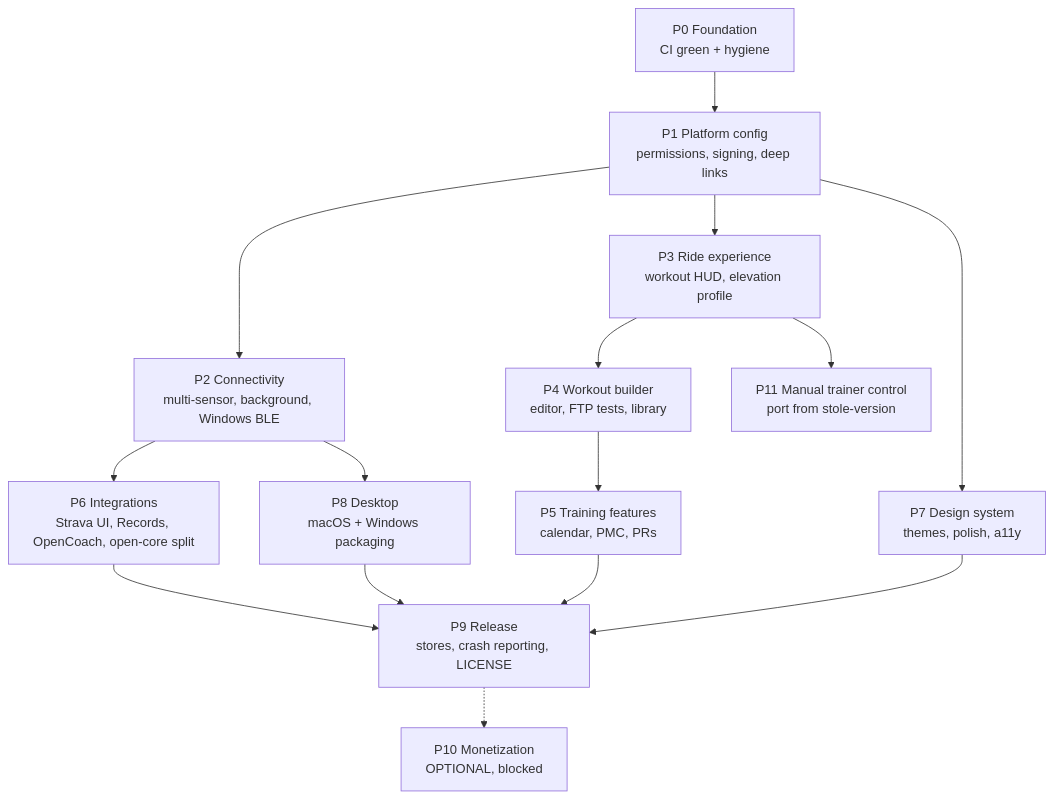
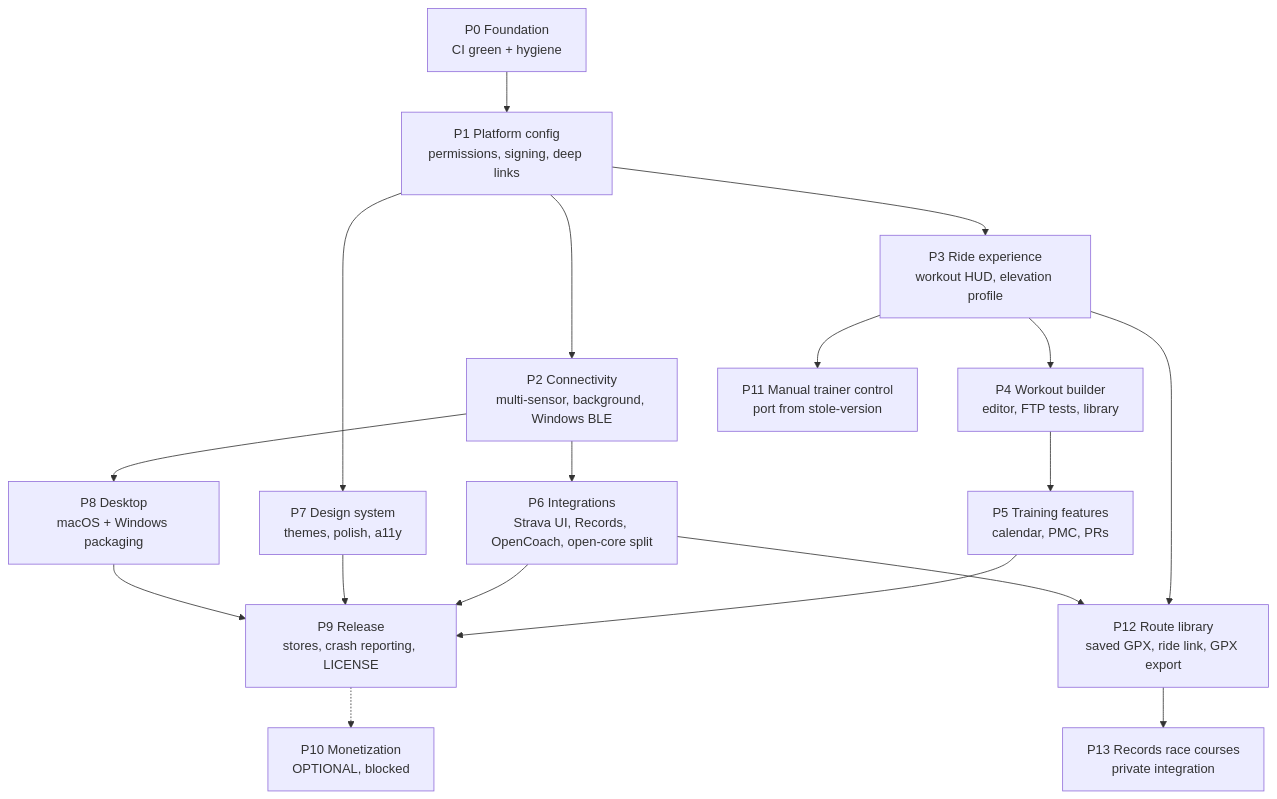
One commit to HugoLeBoennec/OpenBike changed the diagram in docs/roadmap/README.md. Above: the diagram before and after it, drawn with Mermaid. The commit also changed other lines of this file and 3 other files, not shown here.

First line of the commit message:
P12: plan the route library and track the Records route source as P13

````diff
--- a/docs/roadmap/README.md
+++ b/docs/roadmap/README.md
@@ -52,17 +52,20 @@
 ```mermaid
 graph TD
     P0[P0 Foundation<br/>CI green + hygiene] --> P1[P1 Platform config<br/>permissions, signing, deep links]
     P1 --> P2[P2 Connectivity<br/>multi-sensor, background, Windows BLE]
     P1 --> P3[P3 Ride experience<br/>workout HUD, elevation profile]
     P1 --> P7[P7 Design system<br/>themes, polish, a11y]
     P3 --> P4[P4 Workout builder<br/>editor, FTP tests, library]
     P4 --> P5[P5 Training features<br/>calendar, PMC, PRs]
     P2 --> P6[P6 Integrations<br/>Strava UI, Records, OpenCoach, open-core split]
     P2 --> P8[P8 Desktop<br/>macOS + Windows packaging]
     P5 --> P9[P9 Release<br/>stores, crash reporting, LICENSE]
     P6 --> P9
     P7 --> P9
     P8 --> P9
     P9 -.-> P10[P10 Monetization<br/>OPTIONAL, blocked]
     P3 --> P11[P11 Manual trainer control<br/>port from stole-version]
+    P3 --> P12[P12 Route library<br/>saved GPX, ride link, GPX export]
+    P6 --> P12
+    P12 --> P13[P13 Records race courses<br/>private integration]
 ```
````
